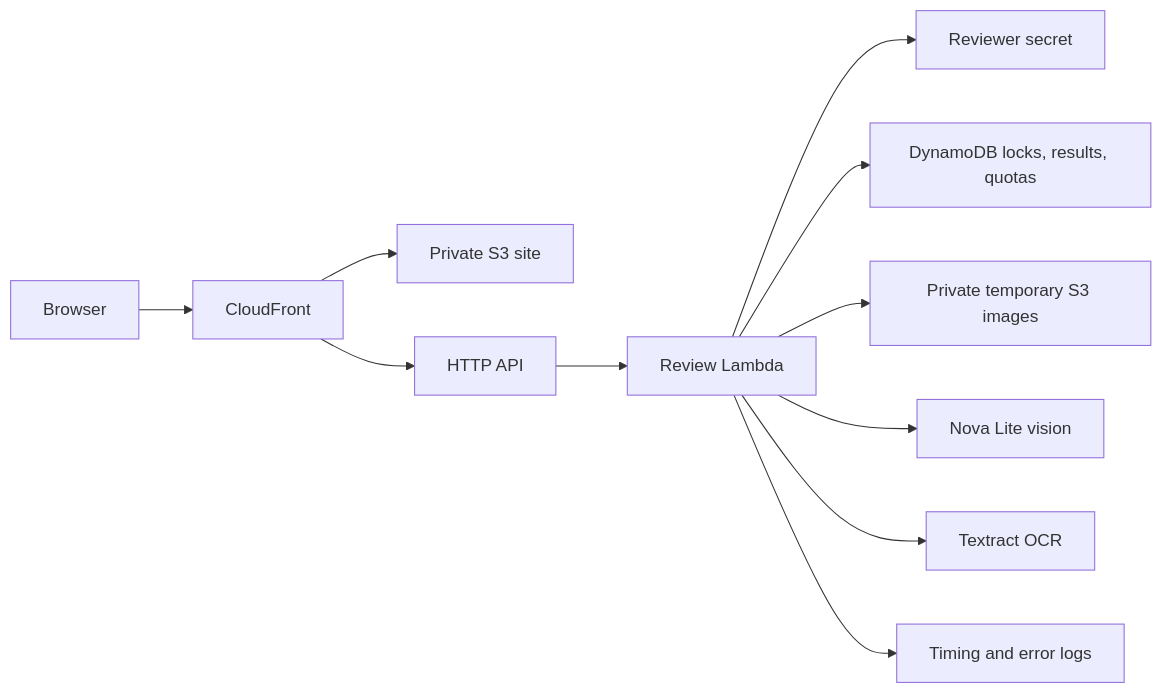
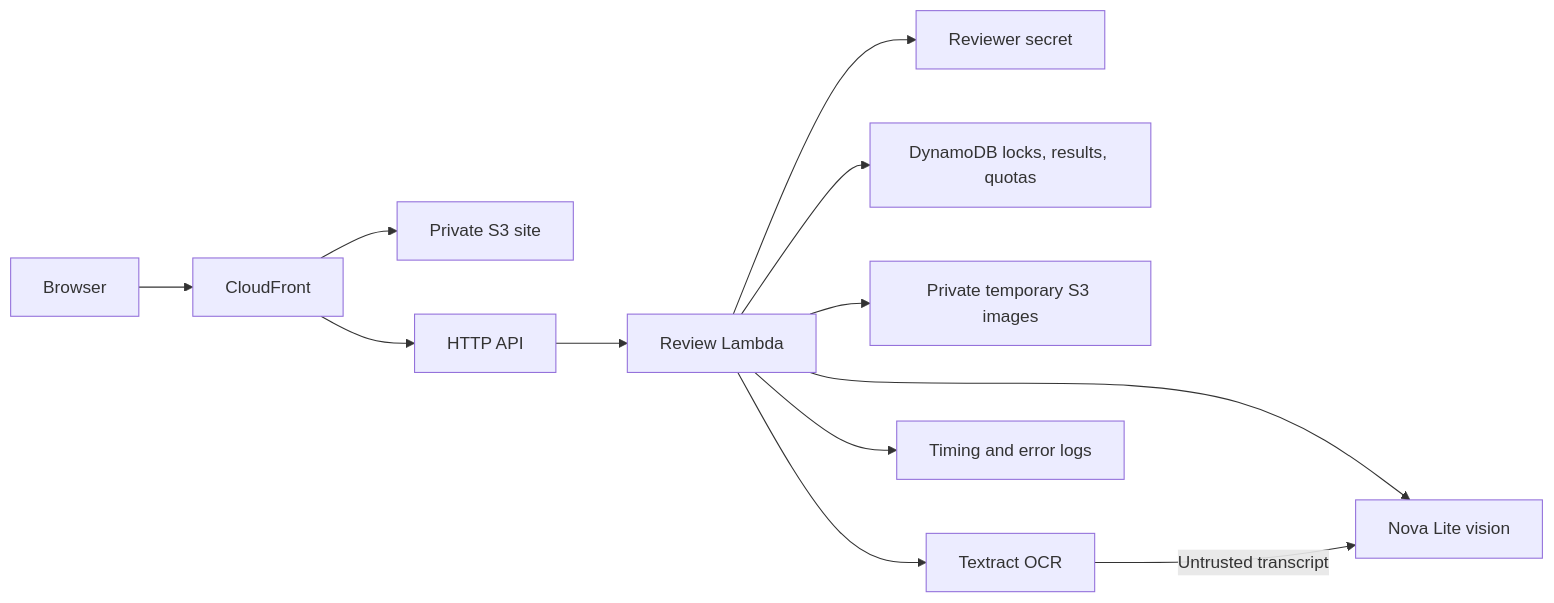
The diagram in docs/ARCHITECTURE.md (elijah020201/treasury-label-review), drawn with Mermaid before and after one commit. The commit also changed other lines of this file and 50 other files, not shown here.

````diff
--- a/docs/ARCHITECTURE.md
+++ b/docs/ARCHITECTURE.md
@@ -3,13 +3,14 @@
 ```mermaid
 flowchart LR
   Browser --> CloudFront
   CloudFront --> Site[Private S3 site]
   CloudFront --> API[HTTP API]
   API --> Lambda[Review Lambda]
   Lambda --> Secret[Reviewer secret]
   Lambda --> DB[DynamoDB locks, results, quotas]
   Lambda --> Images[Private temporary S3 images]
   Lambda --> Nova[Nova Lite vision]
   Lambda --> OCR[Textract OCR]
+  OCR -->|Untrusted transcript| Nova
   Lambda --> Logs[Timing and error logs]
 ```
````
